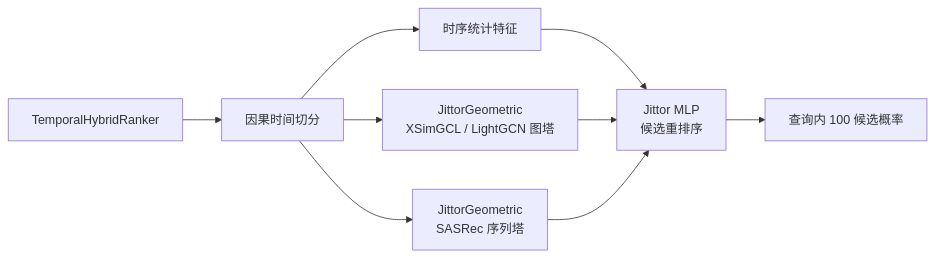
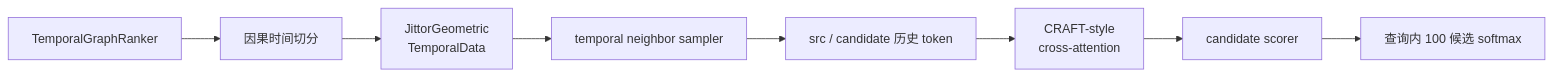
The first of 2 diagrams in docs/system/modeling.md (Puiching-Memory/jittor-GPNUT1-JGRec), drawn with Mermaid before and after one commit. The commit also changed other lines of this file and 26 other files, not shown here.

First line of the commit message:
重构：将 Hybrid 排序器替换为 TemporalGraph 排序器

````diff
--- a/docs/system/modeling.md
+++ b/docs/system/modeling.md
@@ -7,11 +7,10 @@
 ```mermaid
 flowchart LR
-    A["TemporalHybridRanker"] --> B["因果时间切分"]
-    B --> C["时序统计特征"]
-    B --> D["JittorGeometric<br/>XSimGCL / LightGCN 图塔"]
-    B --> E["JittorGeometric<br/>SASRec 序列塔"]
-    C --> F["Jittor MLP<br/>候选重排序"]
-    D --> F
-    E --> F
-    F --> G["查询内 100 候选概率"]
+    A["TemporalGraphRanker"] --> B["因果时间切分"]
+    B --> C["JittorGeometric<br/>TemporalData"]
+    C --> D["temporal neighbor sampler"]
+    D --> E["src / candidate 历史 token"]
+    E --> F["CRAFT-style<br/>cross-attention"]
+    F --> G["candidate scorer"]
+    G --> H["查询内 100 候选 softmax"]
 ```
````
